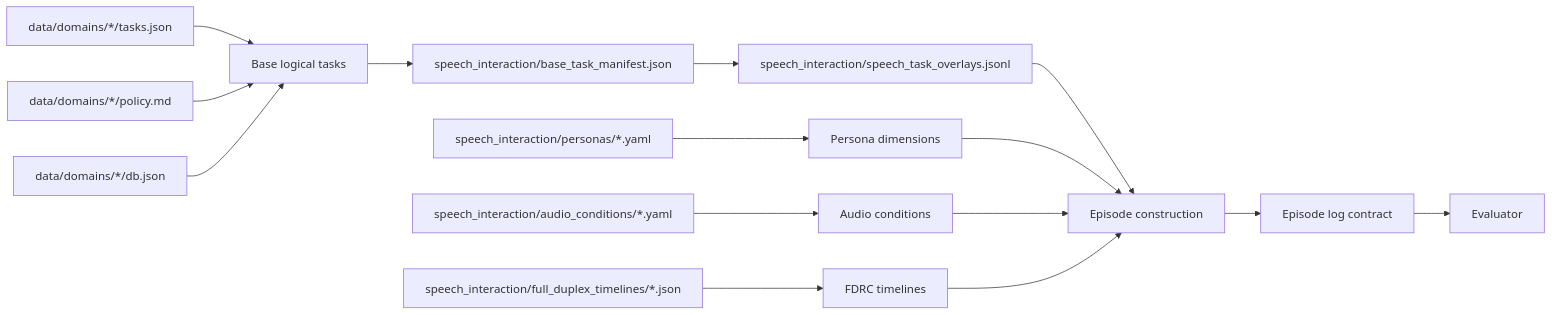
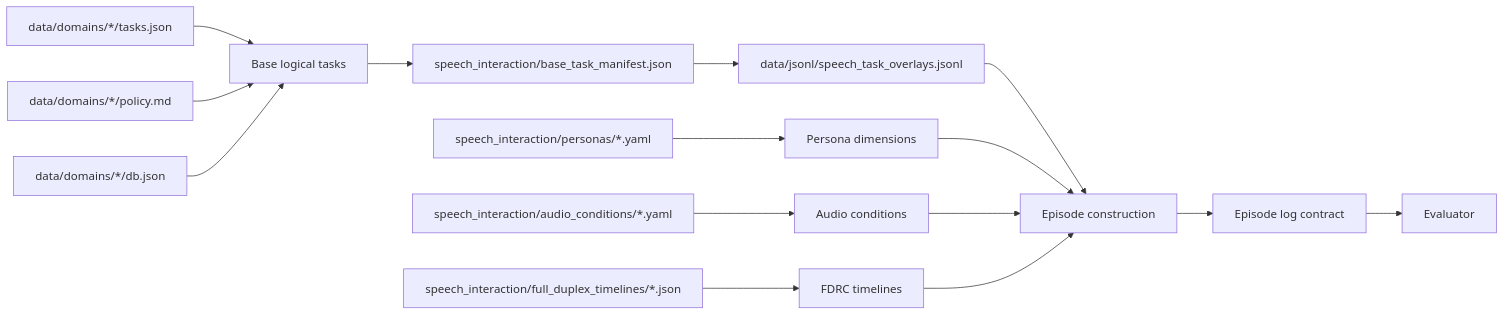
One commit to VInteractiveBench/voice-bench changed the second of 8 diagrams in docs/FLOW.md. Above: the diagram before and after it, drawn with Mermaid. The commit also changed other lines of this file and 16 other files, not shown here.

````diff
--- a/docs/FLOW.md
+++ b/docs/FLOW.md
@@ -69,21 +69,21 @@
 ```mermaid
 flowchart LR
     A[data/domains/*/tasks.json] --> D[Base logical tasks]
     B[data/domains/*/policy.md] --> D
     C[data/domains/*/db.json] --> D
 
     D --> E[speech_interaction/base_task_manifest.json]
-    E --> F[speech_interaction/speech_task_overlays.jsonl]
+    E --> F[data/jsonl/speech_task_overlays.jsonl]
 
     G[speech_interaction/personas/*.yaml] --> H[Persona dimensions]
     I[speech_interaction/audio_conditions/*.yaml] --> J[Audio conditions]
     K[speech_interaction/full_duplex_timelines/*.json] --> L[FDRC timelines]
 
     F --> M[Episode construction]
     H --> M
     J --> M
     L --> M
 
     M --> N[Episode log contract]
     N --> O[Evaluator]
 ```
````
